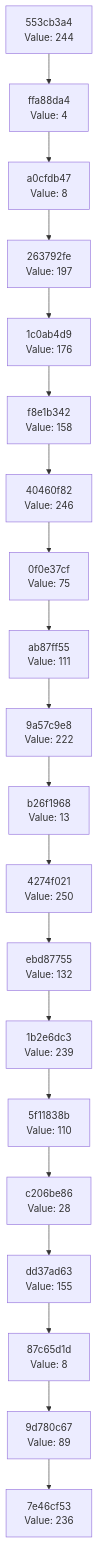
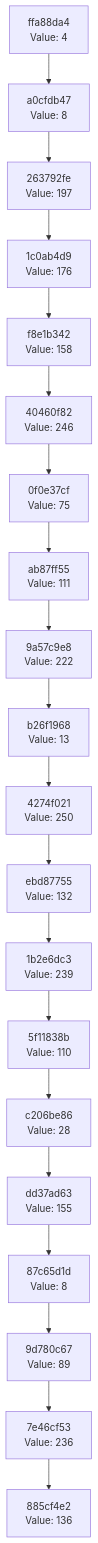
One commit to Abhisheksinha1506/hash-chain-evolver changed the diagram in docs/CHAIN_VISUALIZATION.md. Above: the diagram before and after it, drawn with Mermaid. The commit also changed 2 other files, not shown here.

Commit message:
Evolution step: hash 0x88 → action executed

````diff
--- a/docs/CHAIN_VISUALIZATION.md
+++ b/docs/CHAIN_VISUALIZATION.md
@@ -3,42 +3,42 @@
 ```mermaid
 graph TD
-    C0["7e46cf53<br/>Value: 236"]
-    C1["9d780c67<br/>Value: 89"]
+    C0["885cf4e2<br/>Value: 136"]
+    C1["7e46cf53<br/>Value: 236"]
     C1 --> C0
-    C2["87c65d1d<br/>Value: 8"]
+    C2["9d780c67<br/>Value: 89"]
     C2 --> C1
-    C3["dd37ad63<br/>Value: 155"]
+    C3["87c65d1d<br/>Value: 8"]
     C3 --> C2
-    C4["c206be86<br/>Value: 28"]
+    C4["dd37ad63<br/>Value: 155"]
     C4 --> C3
-    C5["5f11838b<br/>Value: 110"]
+    C5["c206be86<br/>Value: 28"]
     C5 --> C4
-    C6["1b2e6dc3<br/>Value: 239"]
+    C6["5f11838b<br/>Value: 110"]
     C6 --> C5
-    C7["ebd87755<br/>Value: 132"]
+    C7["1b2e6dc3<br/>Value: 239"]
     C7 --> C6
-    C8["4274f021<br/>Value: 250"]
+    C8["ebd87755<br/>Value: 132"]
     C8 --> C7
-    C9["b26f1968<br/>Value: 13"]
+    C9["4274f021<br/>Value: 250"]
     C9 --> C8
-    C10["9a57c9e8<br/>Value: 222"]
+    C10["b26f1968<br/>Value: 13"]
     C10 --> C9
-    C11["ab87ff55<br/>Value: 111"]
+    C11["9a57c9e8<br/>Value: 222"]
     C11 --> C10
-    C12["0f0e37cf<br/>Value: 75"]
+    C12["ab87ff55<br/>Value: 111"]
     C12 --> C11
-    C13["40460f82<br/>Value: 246"]
+    C13["0f0e37cf<br/>Value: 75"]
     C13 --> C12
-    C14["f8e1b342<br/>Value: 158"]
+    C14["40460f82<br/>Value: 246"]
     C14 --> C13
-    C15["1c0ab4d9<br/>Value: 176"]
+    C15["f8e1b342<br/>Value: 158"]
     C15 --> C14
-    C16["263792fe<br/>Value: 197"]
+    C16["1c0ab4d9<br/>Value: 176"]
     C16 --> C15
-    C17["a0cfdb47<br/>Value: 8"]
+    C17["263792fe<br/>Value: 197"]
     C17 --> C16
-    C18["ffa88da4<br/>Value: 4"]
+    C18["a0cfdb47<br/>Value: 8"]
     C18 --> C17
-    C19["553cb3a4<br/>Value: 244"]
+    C19["ffa88da4<br/>Value: 4"]
     C19 --> C18
 ```
````
